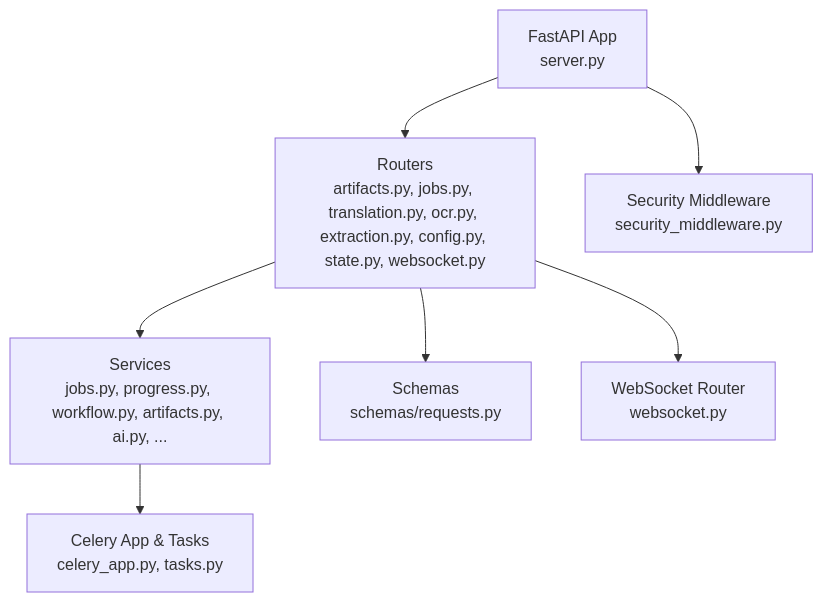
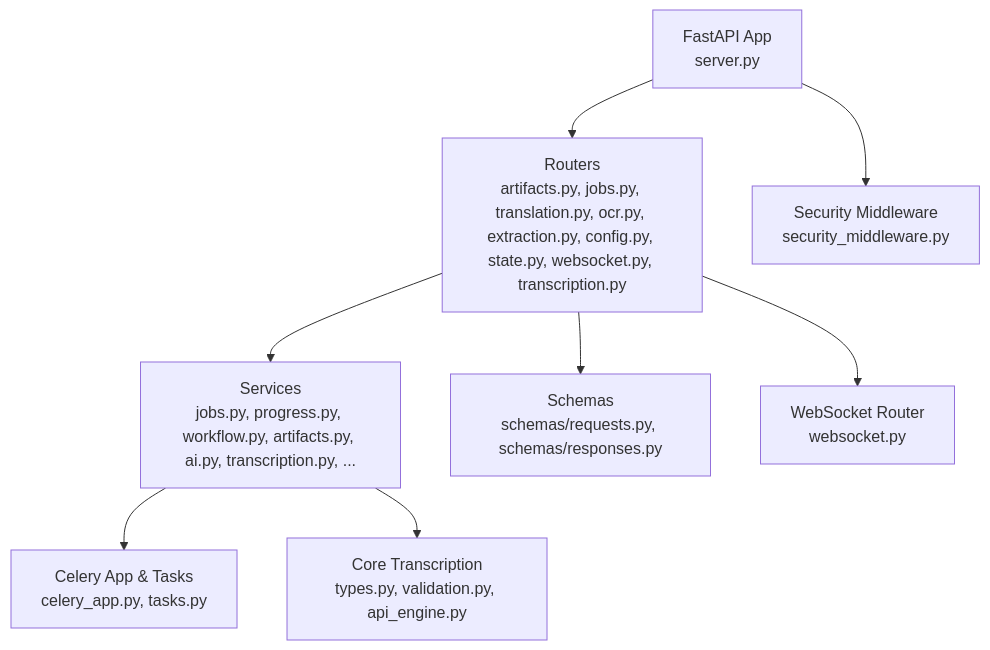
One commit to Sifr-r/LocalDeepL changed the first of 4 diagrams in .qoder/repowiki/en/content/API Reference/API Reference.md. Above: the diagram before and after it, drawn with Mermaid. The commit also changed other lines of this file and 104 other files, not shown here.

````diff
--- a/.qoder/repowiki/en/content/API Reference/API Reference.md
+++ b/.qoder/repowiki/en/content/API Reference/API Reference.md
@@ -51,9 +66,10 @@
 ```mermaid
 graph TB
-A["FastAPI App<br/>server.py"] --> B["Routers<br/>artifacts.py, jobs.py, translation.py, ocr.py, extraction.py, config.py, state.py, websocket.py"]
+A["FastAPI App<br/>server.py"] --> B["Routers<br/>artifacts.py, jobs.py, translation.py, ocr.py, extraction.py, config.py, state.py, websocket.py, transcription.py"]
 A --> C["Security Middleware<br/>security_middleware.py"]
-B --> D["Services<br/>jobs.py, progress.py, workflow.py, artifacts.py, ai.py, ..."]
-B --> E["Schemas<br/>schemas/requests.py"]
+B --> D["Services<br/>jobs.py, progress.py, workflow.py, artifacts.py, ai.py, transcription.py, ..."]
+B --> E["Schemas<br/>schemas/requests.py, schemas/responses.py"]
 D --> F["Celery App & Tasks<br/>celery_app.py, tasks.py"]
 B --> G["WebSocket Router<br/>websocket.py"]
+D --> H["Core Transcription<br/>types.py, validation.py, api_engine.py"]
 ```
````
